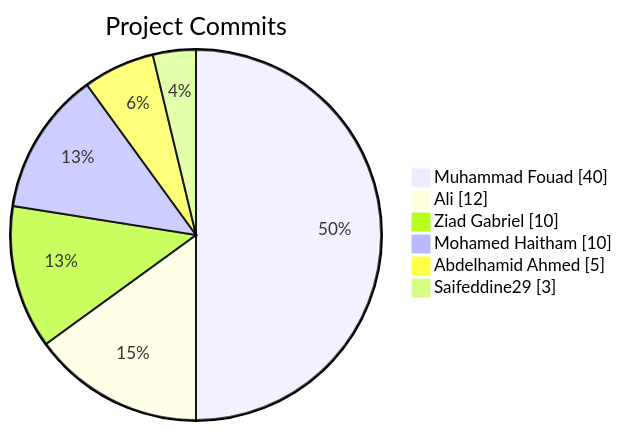
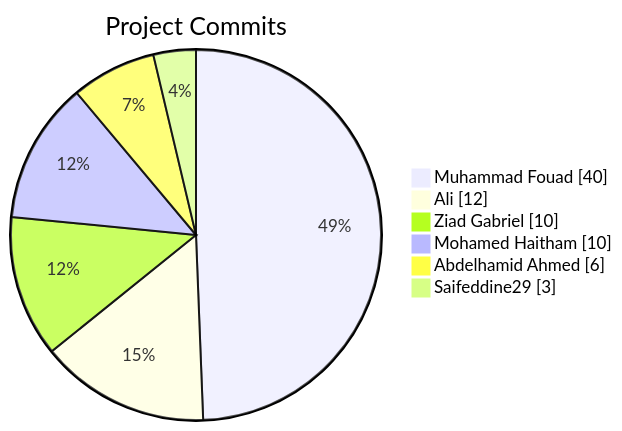
One commit to Abdelhamid-El-rashidy/Library_System changed the diagram in README.md. Above: the diagram before and after it, drawn with Mermaid.

Commit message:
docs: update contributor stats [skip ci]

````diff
--- a/README.md
+++ b/README.md
@@ -6,10 +6,10 @@
 ```mermaid
 pie showData
     title Project Commits
     "Muhammad Fouad" : 40
     "Ali" : 12
     "Ziad Gabriel" : 10
     "Mohamed Haitham" : 10
-    "Abdelhamid Ahmed" : 5
+    "Abdelhamid Ahmed" : 6
     "Saifeddine29" : 3
 ```
````
